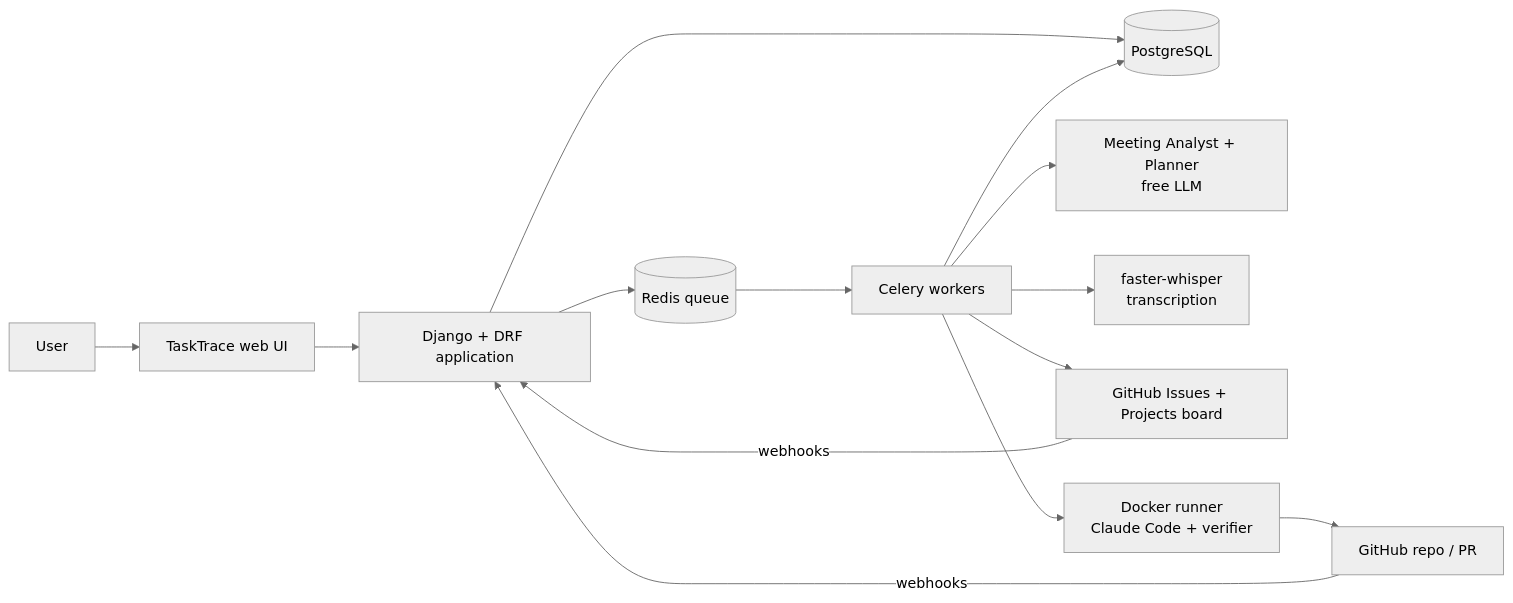
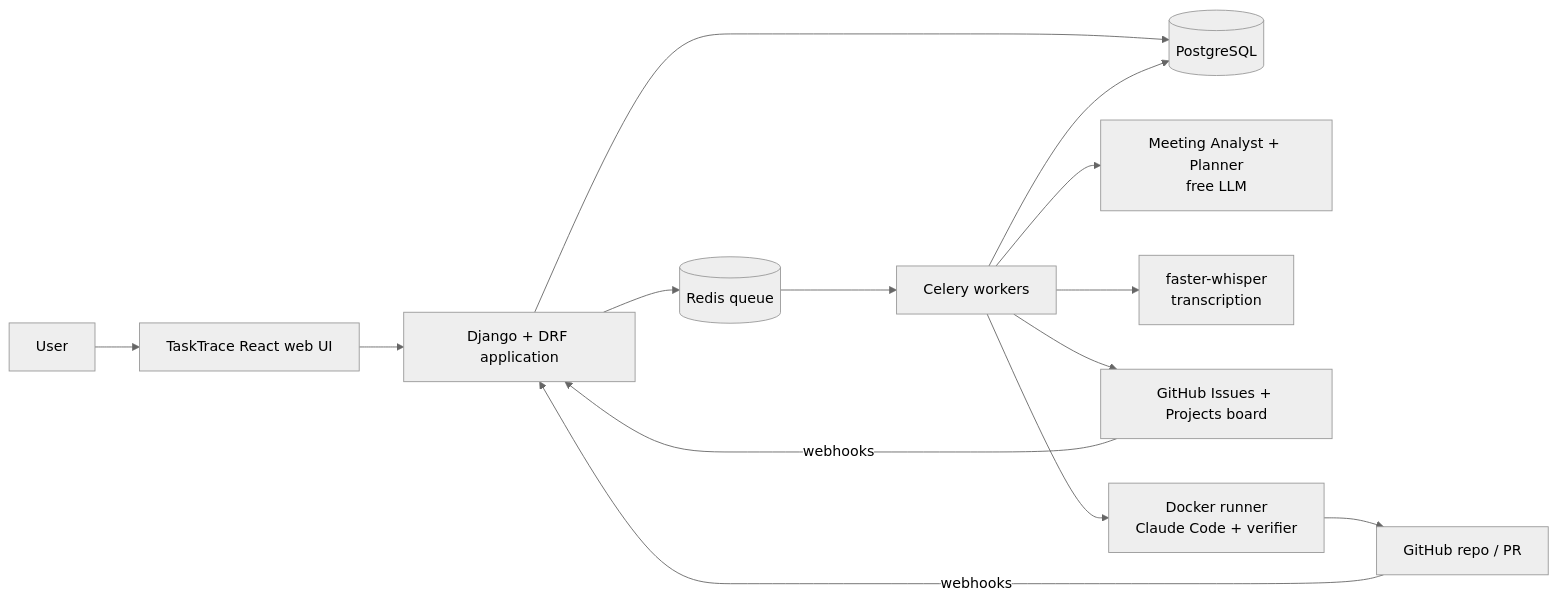
One commit to yasmin-poc-works/tasktraceautomator changed the first of 2 diagrams in project_plan_and _architecture/task_trace_automator_hld.md. Above: the diagram before and after it, drawn with Mermaid (neutral theme). The commit also changed other lines of this file and 4 other files, not shown here.

````diff
--- a/project_plan_and _architecture/task_trace_automator_hld.md
+++ b/project_plan_and _architecture/task_trace_automator_hld.md
@@ -48,19 +50,19 @@
 ```mermaid
 flowchart LR
-    U[User] --> UI[TaskTrace web UI]
+    U[User] --> UI[TaskTrace React web UI]
     UI --> APP[Django + DRF application]
 
     APP --> DB[(PostgreSQL)]
     APP --> Q[(Redis queue)]
     Q --> W[Celery workers]
     W --> DB
 
     W --> AN[Meeting Analyst + Planner<br/>free LLM]
     W --> TR[faster-whisper<br/>transcription]
     W --> TRK[GitHub Issues + Projects board]
     W --> RUN[Docker runner<br/>Claude Code + verifier]
 
     RUN --> REPO[GitHub repo / PR]
     TRK -- webhooks --> APP
     REPO -- webhooks --> APP
 ```
````
